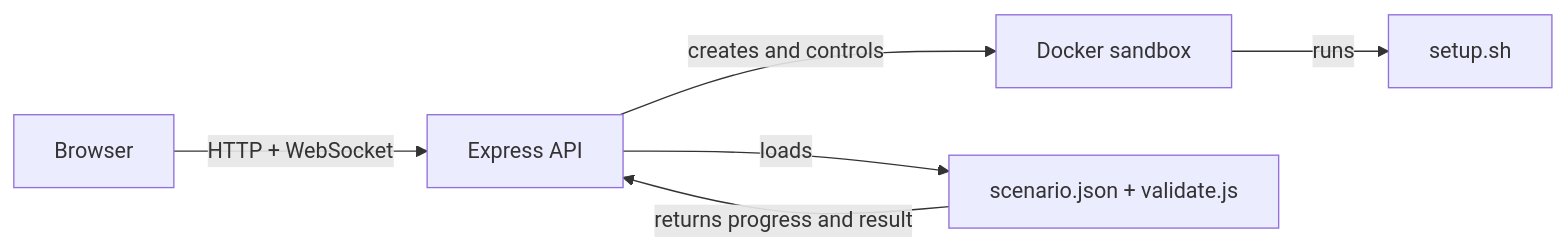
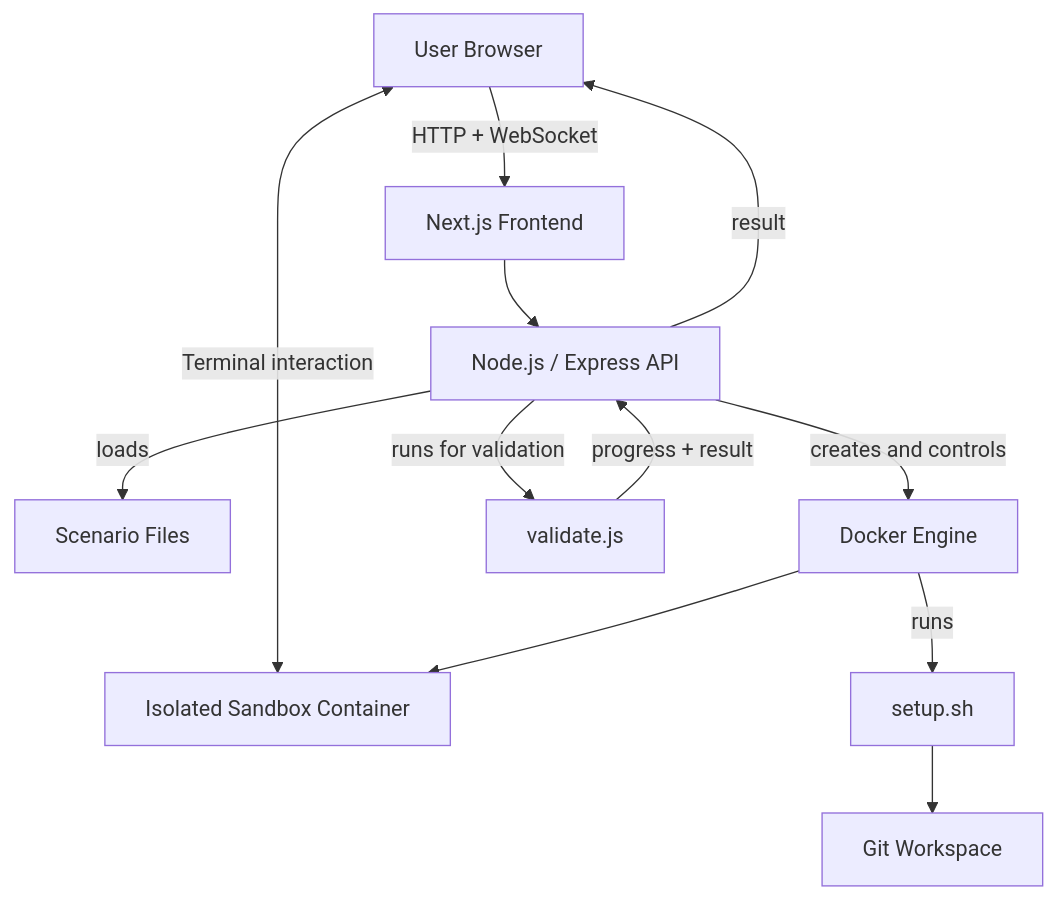
The diagram in README.md (raahu1l/git-workflow-simulator), drawn with Mermaid before and after one commit. The commit also changed other lines of this file and 3 other files, not shown here.

````diff
--- a/README.md
+++ b/README.md
@@ -11,8 +83,28 @@
 ```mermaid
-flowchart LR
-	Browser -->|HTTP + WebSocket| API[Express API]
-	API -->|creates and controls| Docker[Docker sandbox]
-	Docker -->|runs| Setup[setup.sh]
-	API -->|loads| Scenario[scenario.json + validate.js]
-	Scenario -->|returns progress and result| API
+flowchart TD
+    Browser[User Browser]
+    Frontend[Next.js Frontend]
+    API[Node.js / Express API]
+    Scenario[Scenario Files]
+    Docker[Docker Engine]
+    Sandbox[Isolated Sandbox Container]
+    Setup[setup.sh]
+    Workspace[Git Workspace]
+    Validate[validate.js]
+
+    Browser -->|HTTP + WebSocket| Frontend
+    Frontend --> API
+
+    API -->|loads| Scenario
+    API -->|creates and controls| Docker
+
+    Docker -->|runs| Setup
+    Setup --> Workspace
+
+    Browser <-->|Terminal interaction| Sandbox
+    Docker --> Sandbox
+
+    API -->|runs for validation| Validate
+    Validate -->|progress + result| API
+    API -->|result| Browser
 ```
````
